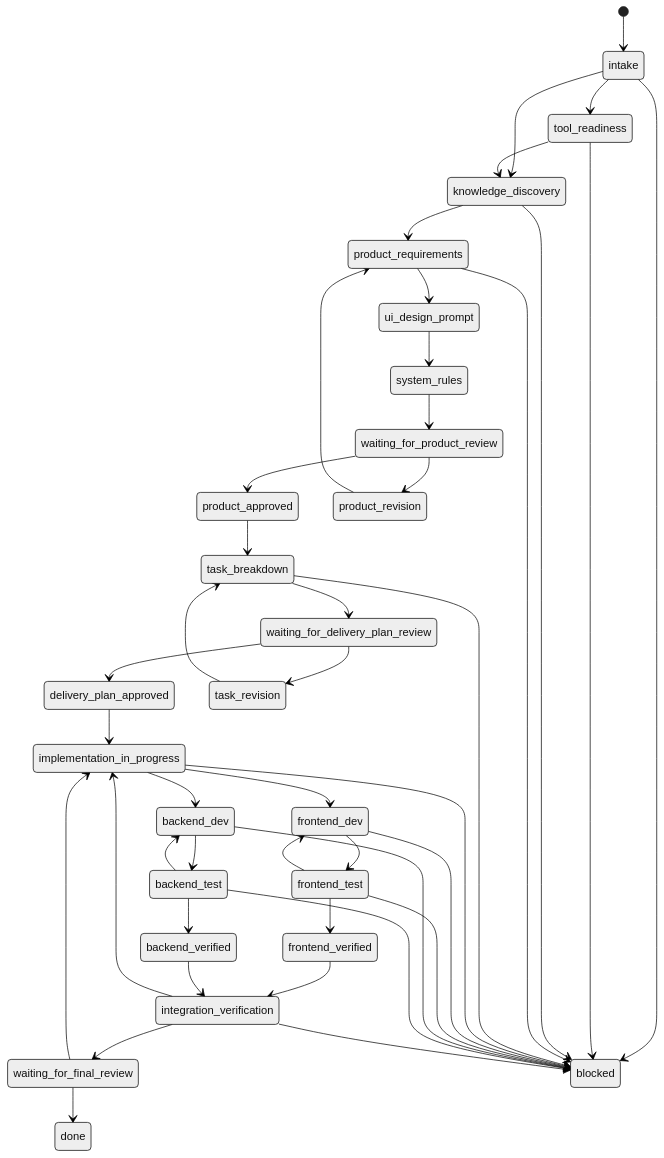
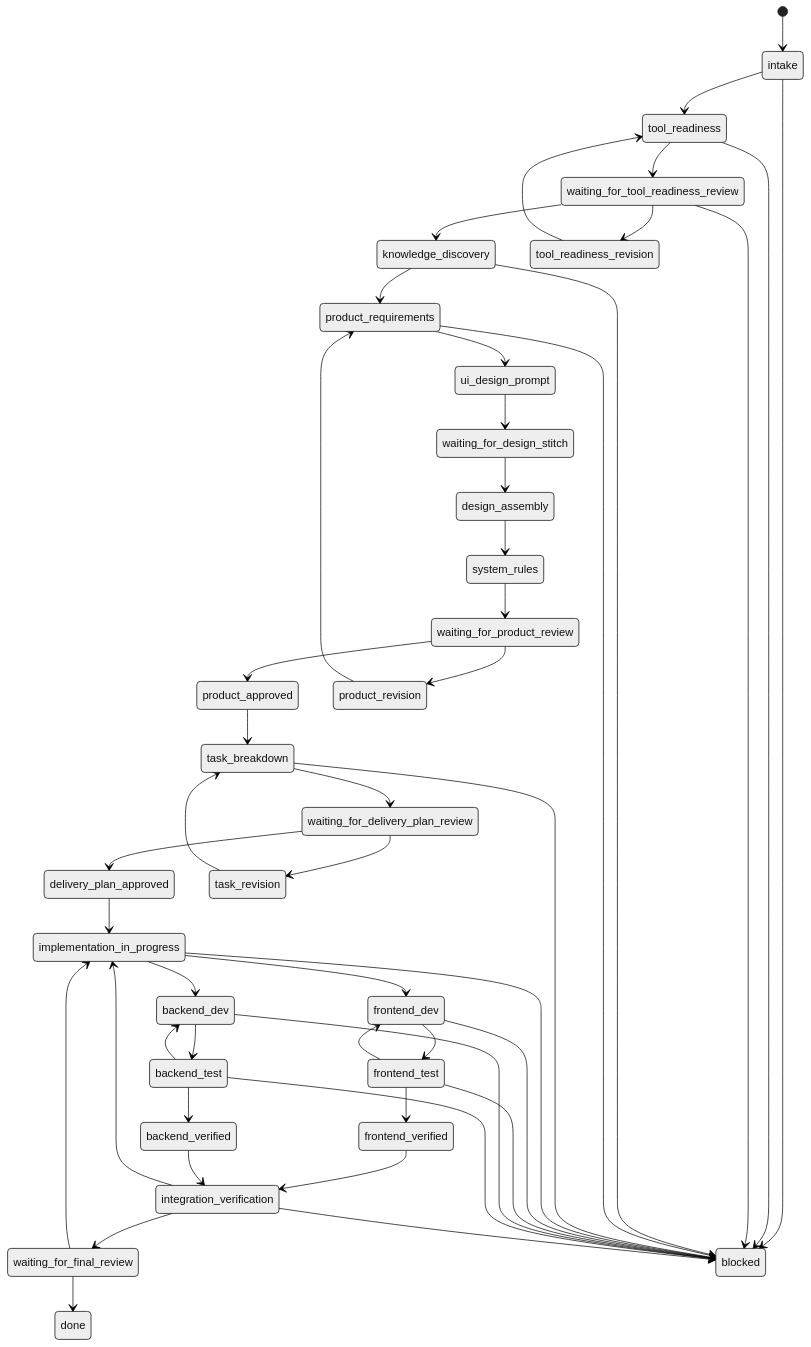
Before and after one commit to azhry/my-harnesses: the diagram in agent-spec-ops/docs/workflow.md, drawn with Mermaid (neutral theme). The commit also changed other lines of this file and 20 other files, not shown here.

````diff
--- a/agent-spec-ops/docs/workflow.md
+++ b/agent-spec-ops/docs/workflow.md
@@ -8,45 +8,50 @@
 ```mermaid
 stateDiagram-v2
   [*] --> intake
   intake --> tool_readiness
-  intake --> knowledge_discovery
-  tool_readiness --> knowledge_discovery
+  tool_readiness --> waiting_for_tool_readiness_review
+  waiting_for_tool_readiness_review --> knowledge_discovery
+  waiting_for_tool_readiness_review --> tool_readiness_revision
+  tool_readiness_revision --> tool_readiness
   knowledge_discovery --> product_requirements
   product_requirements --> ui_design_prompt
-  ui_design_prompt --> system_rules
+  ui_design_prompt --> waiting_for_design_stitch
+  waiting_for_design_stitch --> design_assembly
+  design_assembly --> system_rules
   system_rules --> waiting_for_product_review
   waiting_for_product_review --> product_approved
   waiting_for_product_review --> product_revision
   product_revision --> product_requirements
   product_approved --> task_breakdown
   task_breakdown --> waiting_for_delivery_plan_review
   waiting_for_delivery_plan_review --> delivery_plan_approved
   waiting_for_delivery_plan_review --> task_revision
   task_revision --> task_breakdown
   delivery_plan_approved --> implementation_in_progress
   implementation_in_progress --> frontend_dev
   implementation_in_progress --> backend_dev
   frontend_dev --> frontend_test
   frontend_test --> frontend_dev
   frontend_test --> frontend_verified
   backend_dev --> backend_test
   backend_test --> backend_dev
   backend_test --> backend_verified
   frontend_verified --> integration_verification
   backend_verified --> integration_verification
   integration_verification --> implementation_in_progress
   integration_verification --> waiting_for_final_review
   waiting_for_final_review --> done
   waiting_for_final_review --> implementation_in_progress
   intake --> blocked
   tool_readiness --> blocked
+  waiting_for_tool_readiness_review --> blocked
   knowledge_discovery --> blocked
   product_requirements --> blocked
   task_breakdown --> blocked
   implementation_in_progress --> blocked
   frontend_dev --> blocked
   frontend_test --> blocked
   backend_dev --> blocked
   backend_test --> blocked
   integration_verification --> blocked
 ```
````
